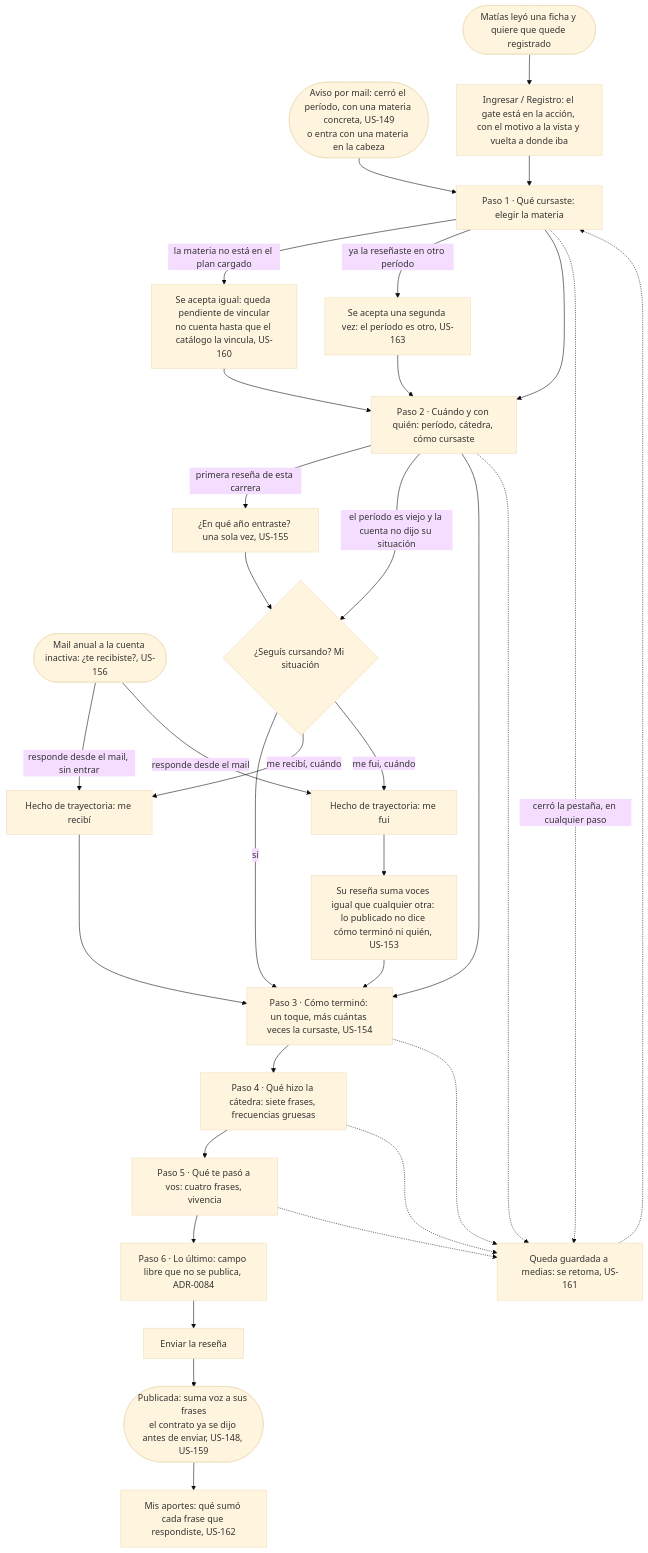
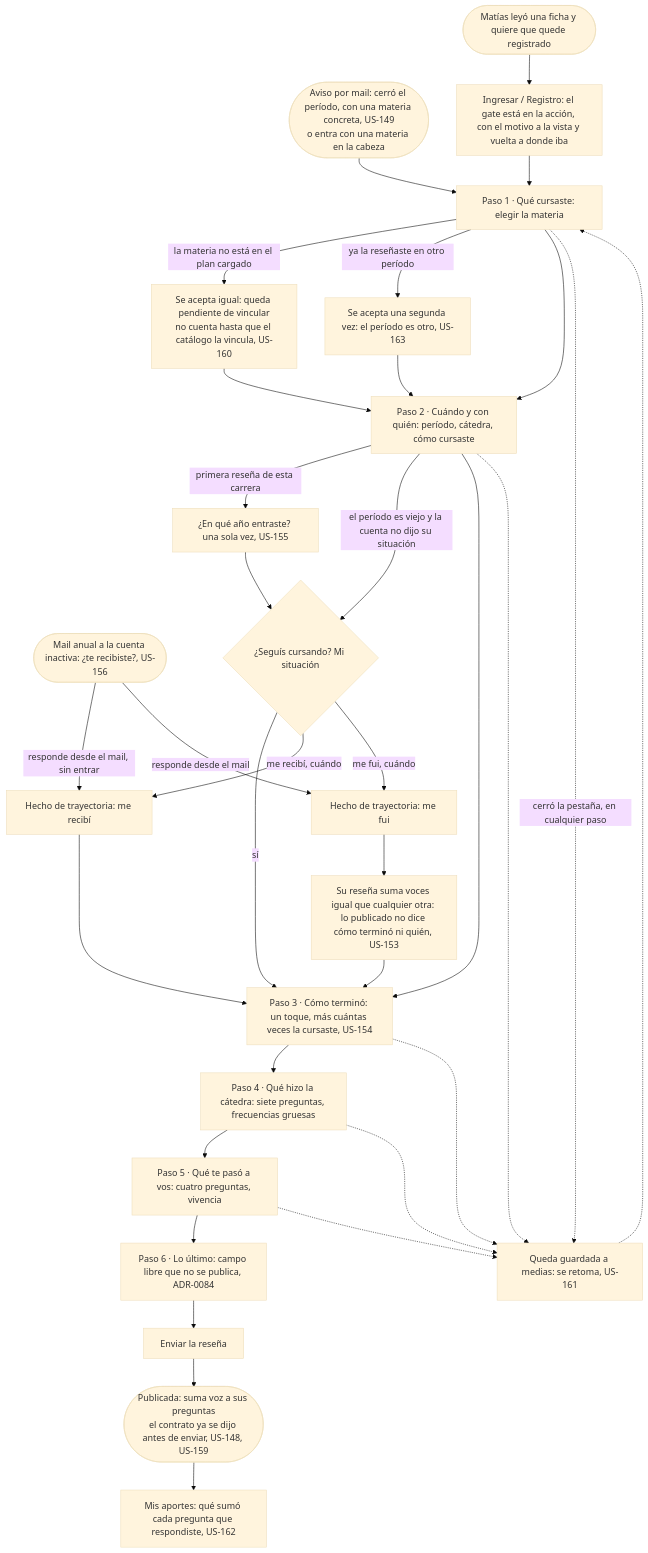
The diagram in docs/product/student/write-a-review/flow.md (lucasidev/plan-b), drawn with Mermaid (base theme) before and after one commit. The commit also changed other lines of this file and 136 other files, not shown here.

````diff
--- a/docs/product/student/write-a-review/flow.md
+++ b/docs/product/student/write-a-review/flow.md
@@ -5,35 +5,35 @@
 ```mermaid
 flowchart TD
   A([Aviso por mail: cerró el período, con una materia concreta, US-149<br/>o entra con una materia en la cabeza]) --> B[Paso 1 · Qué cursaste: elegir la materia]
   A2([Mail anual a la cuenta inactiva: ¿te recibiste?, US-156]) -->|responde desde el mail, sin entrar| G3
   A2 -->|responde desde el mail| G4
   M([Matías leyó una ficha y quiere que quede registrado]) --> M1[Ingresar / Registro: el gate está en la acción, con el motivo a la vista y vuelta a donde iba]
   M1 --> B
   B -->|la materia no está en el plan cargado| B2[Se acepta igual: queda pendiente de vincular<br/>no cuenta hasta que el catálogo la vincula, US-160]
   B2 --> C
   B -->|ya la reseñaste en otro período| B3[Se acepta una segunda vez: el período es otro, US-163]
   B3 --> C
   B --> C[Paso 2 · Cuándo y con quién: período, cátedra, cómo cursaste]
   C -->|primera reseña de esta carrera| G1[¿En qué año entraste? una sola vez, US-155]
   G1 --> G2
   C -->|el período es viejo y la cuenta no dijo su situación| G2{¿Seguís cursando? Mi situación}
   G2 -->|sí| D
   G2 -->|me recibí, cuándo| G3[Hecho de trayectoria: me recibí]
   G2 -->|me fui, cuándo| G4[Hecho de trayectoria: me fui]
   G3 --> D
   G4 --> G5[Su reseña suma voces igual que cualquier otra: lo publicado no dice cómo terminó ni quién, US-153]
   G5 --> D
   C --> D[Paso 3 · Cómo terminó: un toque, más cuántas veces la cursaste, US-154]
-  D --> E[Paso 4 · Qué hizo la cátedra: siete frases, frecuencias gruesas]
-  E --> F[Paso 5 · Qué te pasó a vos: cuatro frases, vivencia]
+  D --> E[Paso 4 · Qué hizo la cátedra: siete preguntas, frecuencias gruesas]
+  E --> F[Paso 5 · Qué te pasó a vos: cuatro preguntas, vivencia]
   F --> H[Paso 6 · Lo último: campo libre que no se publica, ADR-0084]
   H --> I[Enviar la reseña]
-  I --> K([Publicada: suma voz a sus frases<br/>el contrato ya se dijo antes de enviar, US-148, US-159])
+  I --> K([Publicada: suma voz a sus preguntas<br/>el contrato ya se dijo antes de enviar, US-148, US-159])
   B -.->|cerró la pestaña, en cualquier paso| R[Queda guardada a medias: se retoma, US-161]
   C -.-> R
   D -.-> R
   E -.-> R
   F -.-> R
   R -.-> B
-  K --> L[Mis aportes: qué sumó cada frase que respondiste, US-162]
+  K --> L[Mis aportes: qué sumó cada pregunta que respondiste, US-162]
 ```
````
